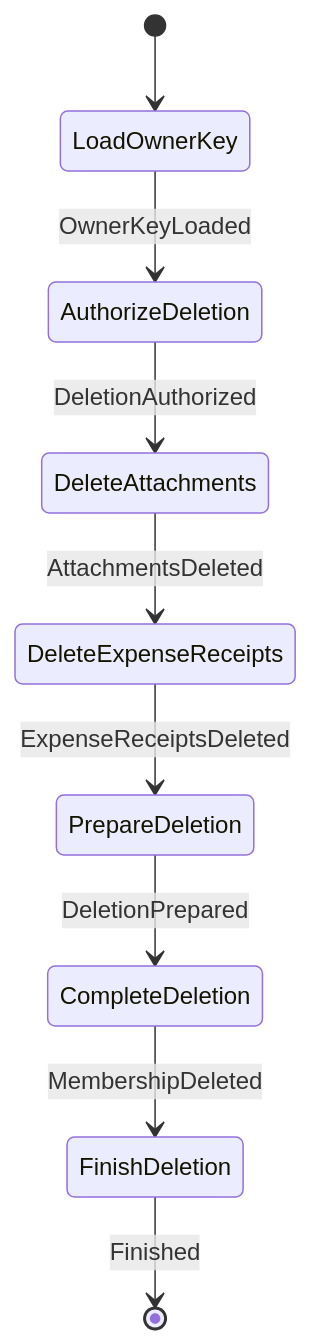
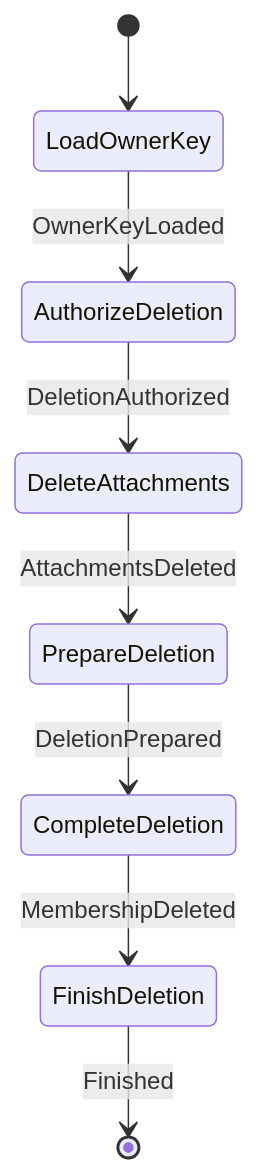
Before and after one commit to cbgm/Sparrow: diagram 12 of 30 in docs/architecture/workflows/incoming.md, drawn with Mermaid. The commit also changed other lines of this file and 62 other files, not shown here.

````diff
--- a/docs/architecture/workflows/incoming.md
+++ b/docs/architecture/workflows/incoming.md
@@ -328,11 +327,10 @@
 ```mermaid
 stateDiagram-v2
     [*] --> LoadOwnerKey
     LoadOwnerKey --> AuthorizeDeletion : OwnerKeyLoaded
     AuthorizeDeletion --> DeleteAttachments : DeletionAuthorized
-    DeleteAttachments --> DeleteExpenseReceipts : AttachmentsDeleted
-    DeleteExpenseReceipts --> PrepareDeletion : ExpenseReceiptsDeleted
+    DeleteAttachments --> PrepareDeletion : AttachmentsDeleted
     PrepareDeletion --> CompleteDeletion : DeletionPrepared
     CompleteDeletion --> FinishDeletion : MembershipDeleted
     FinishDeletion --> [*] : Finished
 ```
````
